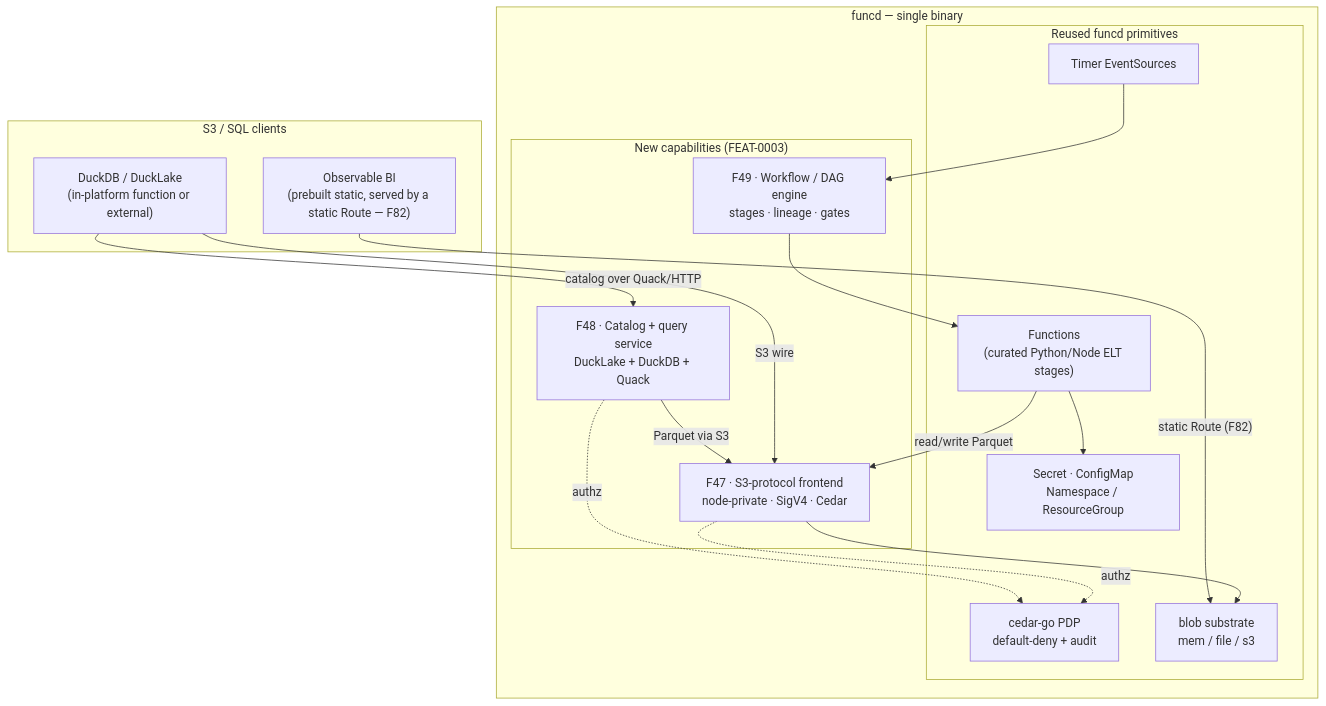
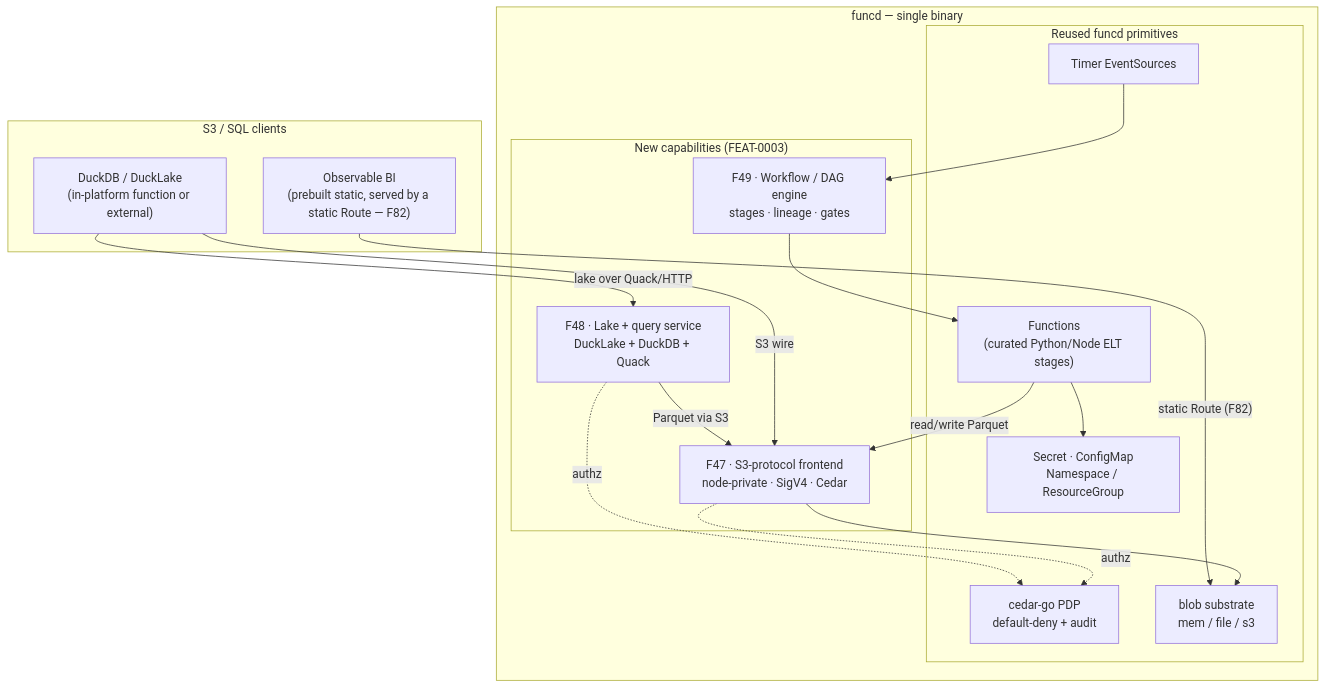
The diagram in docs/feat/0003-feat-data-platform.md (pyvvo/funcd), drawn with Mermaid before and after one commit. The commit also changed other lines of this file and 255 other files, not shown here.

First line of the commit message:
feat(api)!: CatalogService is renamed Lake (ADR-0261)

````diff
--- a/docs/feat/0003-feat-data-platform.md
+++ b/docs/feat/0003-feat-data-platform.md
@@ -60,34 +60,34 @@
 ```mermaid
 flowchart TB
     subgraph Clients["S3 / SQL clients"]
         DUCK["DuckDB / DuckLake<br/>(in-platform function or external)"]
         BI["Observable BI<br/>(prebuilt static, served by a static Route — F82)"]
     end
 
     subgraph Funcd["funcd — single binary"]
         subgraph New["New capabilities (FEAT-0003)"]
             WF["F49 · Workflow / DAG engine<br/>stages · lineage · gates"]
-            CAT["F48 · Catalog + query service<br/>DuckLake + DuckDB + Quack"]
+            CAT["F48 · Lake + query service<br/>DuckLake + DuckDB + Quack"]
             S3["F47 · S3-protocol frontend<br/>node-private · SigV4 · Cedar"]
         end
         subgraph Reused["Reused funcd primitives"]
             FN["Functions<br/>(curated Python/Node ELT stages)"]
             EV["Timer EventSources"]
             SEC["Secret · ConfigMap<br/>Namespace / ResourceGroup"]
             PDP["cedar-go PDP<br/>default-deny + audit"]
             BLOB["blob substrate<br/>mem / file / s3"]
         end
     end
 
     EV --> WF
     WF --> FN
     FN -->|"read/write Parquet"| S3
     DUCK -->|"S3 wire"| S3
-    DUCK -->|"catalog over Quack/HTTP"| CAT
+    DUCK -->|"lake over Quack/HTTP"| CAT
     CAT -->|"Parquet via S3"| S3
     S3 --> BLOB
     BI -->|"static Route (F82)"| BLOB
     FN --> SEC
     S3 -.->|authz| PDP
     CAT -.->|authz| PDP
 ```
````
